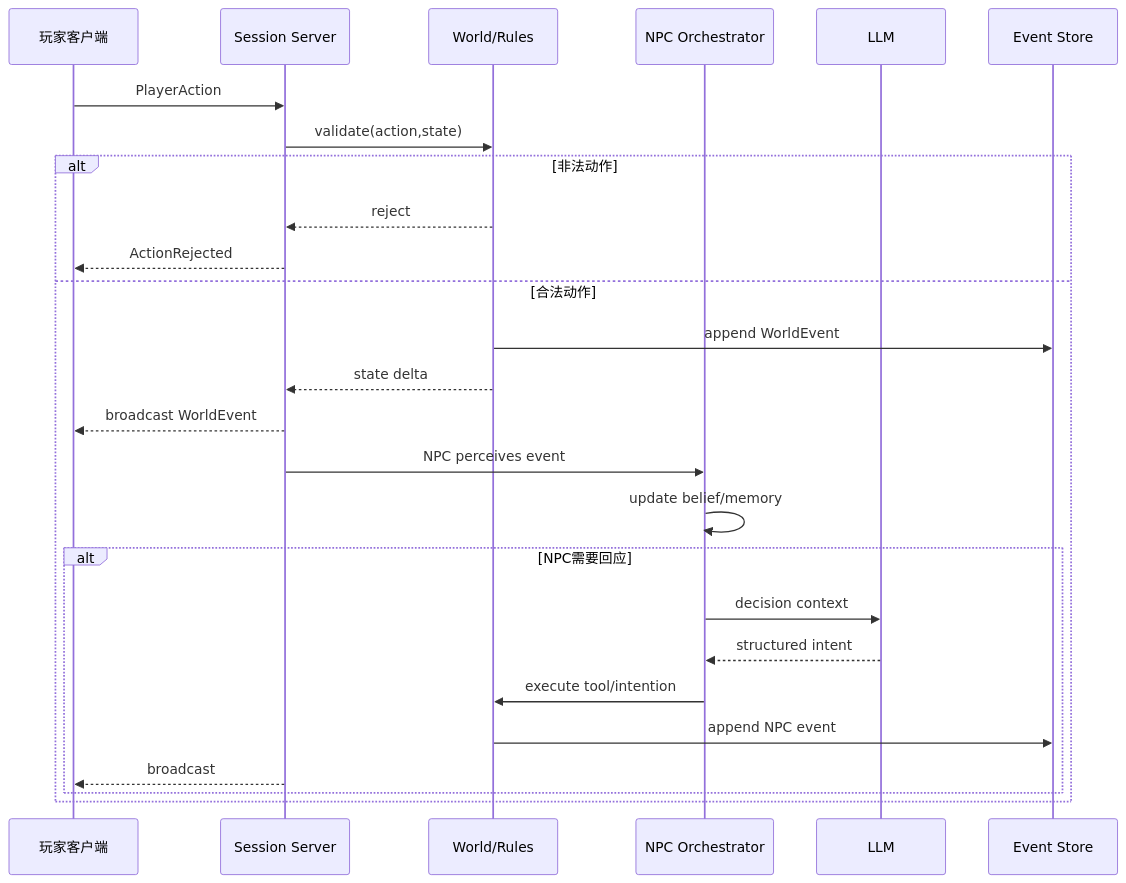
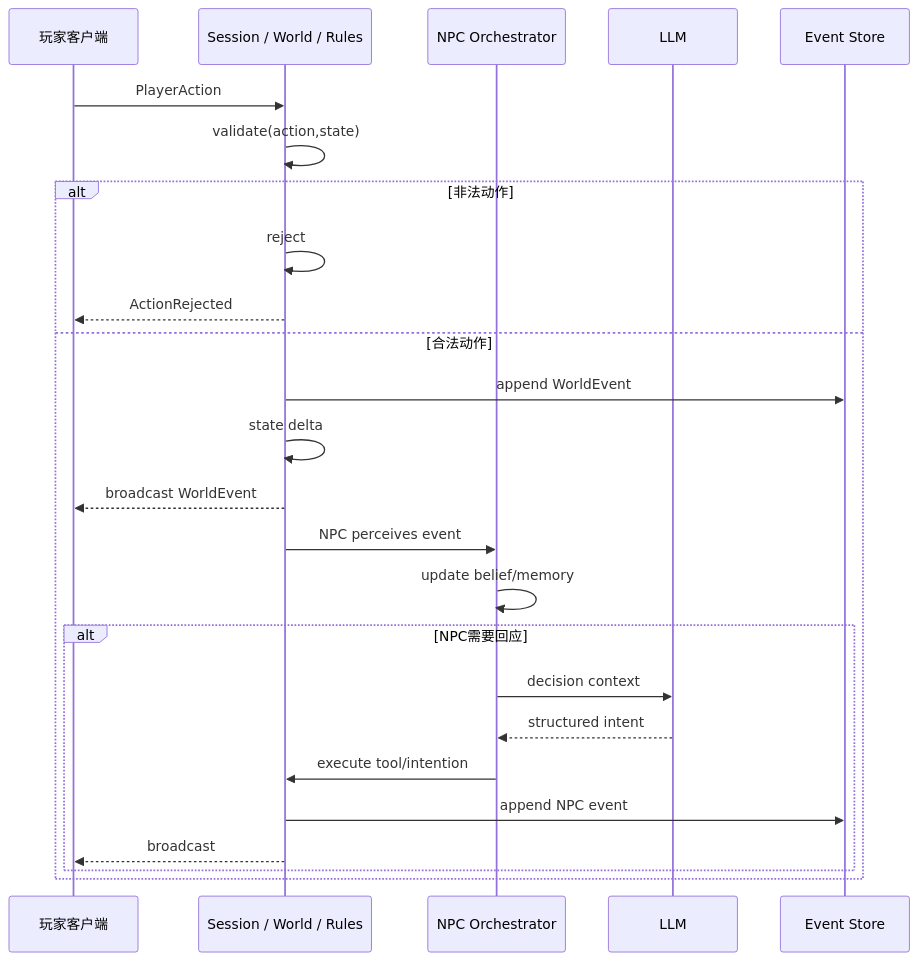
The second of 3 diagrams in 初步设计文档.md (gbcdby/xiyou), drawn with Mermaid before and after one commit. The commit also changed other lines of this file and 27 other files, not shown here.

````diff
--- a/初步设计文档.md
+++ b/初步设计文档.md
@@ -453,32 +457,31 @@
 ```mermaid
 sequenceDiagram
     participant P as 玩家客户端
-    participant S as Session Server
-    participant W as World/Rules
+    participant S as Session / World / Rules
     participant N as NPC Orchestrator
     participant L as LLM
     participant DB as Event Store
 
     P->>S: PlayerAction
-    S->>W: validate(action,state)
+    S->>S: validate(action,state)
 
     alt 非法动作
-        W-->>S: reject
+        S->>S: reject
         S-->>P: ActionRejected
     else 合法动作
-        W->>DB: append WorldEvent
-        W-->>S: state delta
+        S->>DB: append WorldEvent
+        S->>S: state delta
         S-->>P: broadcast WorldEvent
 
         S->>N: NPC perceives event
         N->>N: update belief/memory
 
         alt NPC需要回应
             N->>L: decision context
             L-->>N: structured intent
-            N->>W: execute tool/intention
-            W->>DB: append NPC event
+            N->>S: execute tool/intention
+            S->>DB: append NPC event
             S-->>P: broadcast
         end
     end
 ```
````
